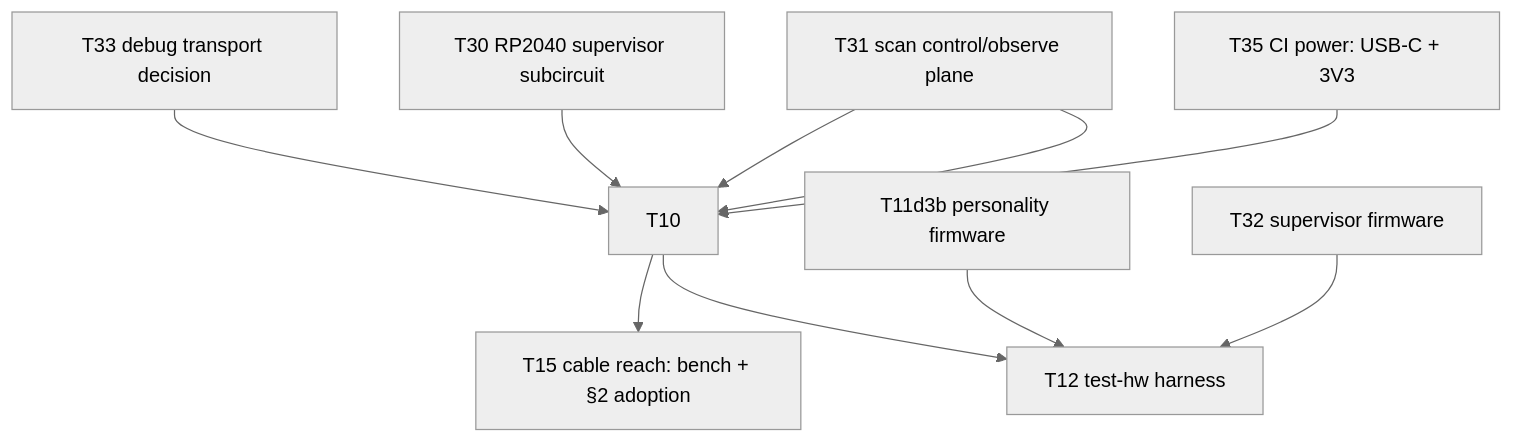
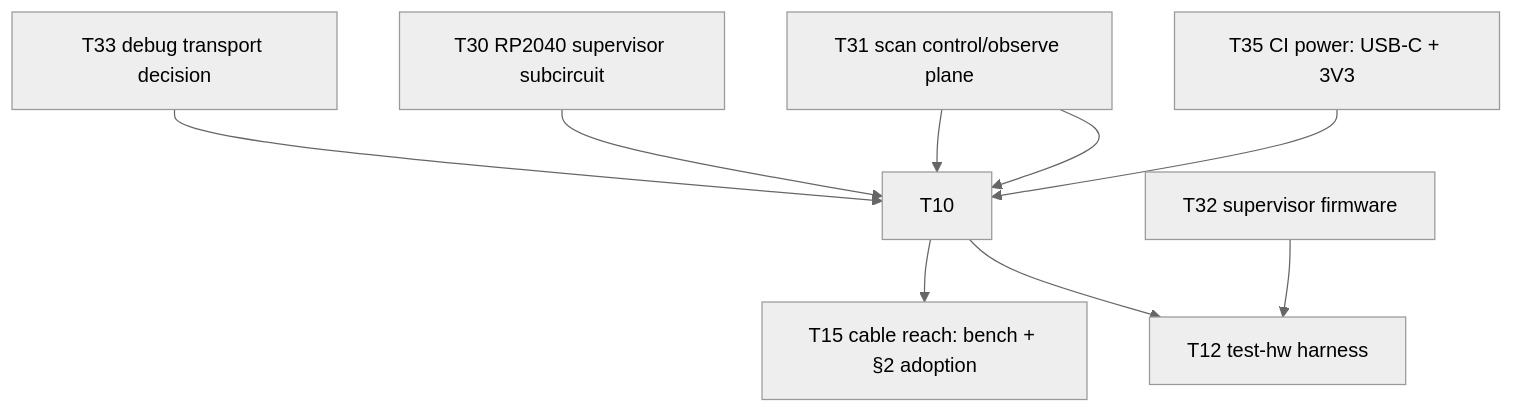
The diagram in KANBAN.md (kristofferkoch/oparroy), drawn with Mermaid (neutral theme) before and after one commit. The commit also changed other lines of this file, not shown here.

First line of the commit message:
kanban: the personality-firmware card ships

````diff
--- a/KANBAN.md
+++ b/KANBAN.md
@@ -34,12 +34,11 @@
 ```mermaid
 graph TD
     T31[T31 scan control/observe plane] --> T10
     T35[T35 CI power: USB-C + 3V3] --> T10
     T30[T30 RP2040 supervisor subcircuit] --> T10
     T31 --> T10
     T33[T33 debug transport decision] --> T10
     T10 --> T12[T12 test-hw harness]
     T10 --> T15[T15 cable reach: bench + §2 adoption]
-    T11d3b[T11d3b personality firmware] --> T12
     T32[T32 supervisor firmware] --> T12
 ```
````
